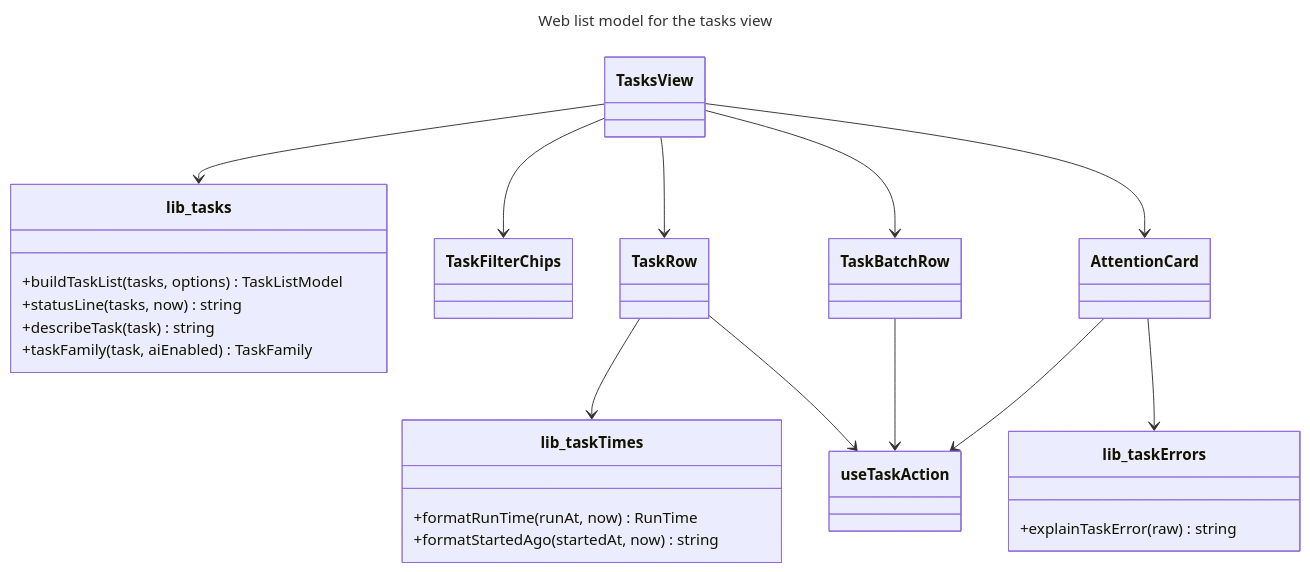
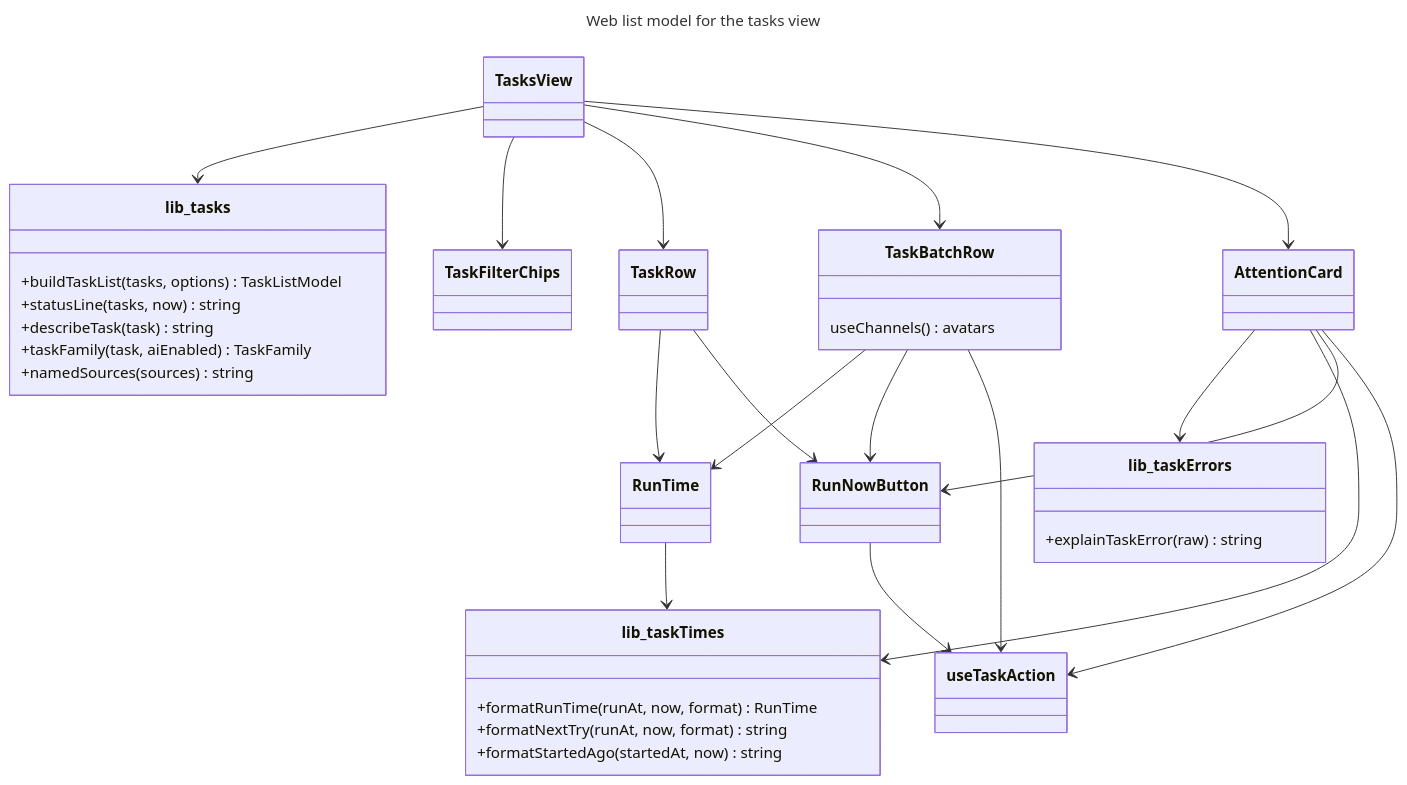
Before and after one commit to sergigp/yarrtube: the second of 4 diagrams in openspec/changes/redesign-tasks-view/design.md, drawn with Mermaid. The commit also changed other lines of this file and 35 other files, not shown here.

````diff
--- a/openspec/changes/redesign-tasks-view/design.md
+++ b/openspec/changes/redesign-tasks-view/design.md
@@ -131,49 +127,63 @@
 ```mermaid
 ---
 title: Web list model for the tasks view
 ---
 classDiagram
   classDef new fill:#d4f5d4,stroke:#2e7d32
   classDef changed fill:#fff1c2,stroke:#b58900
 
   class TasksView
   class lib_tasks {
     +buildTaskList(tasks, options) TaskListModel
     +statusLine(tasks, now) string
     +describeTask(task) string
     +taskFamily(task, aiEnabled) TaskFamily
+    +namedSources(sources) string
   }
   class lib_taskErrors {
     +explainTaskError(raw) string
   }
   class lib_taskTimes {
-    +formatRunTime(runAt, now) RunTime
+    +formatRunTime(runAt, now, format) RunTime
+    +formatNextTry(runAt, now, format) string
     +formatStartedAgo(startedAt, now) string
   }
   class TaskFilterChips
   class TaskRow
-  class TaskBatchRow
+  class TaskBatchRow {
+    useChannels() avatars
+  }
   class AttentionCard
+  class RunNowButton
+  class RunTime
   class useTaskAction
 
   TasksView --> lib_tasks
   TasksView --> TaskFilterChips
   TasksView --> TaskRow
   TasksView --> TaskBatchRow
   TasksView --> AttentionCard
   AttentionCard --> lib_taskErrors
-  TaskRow --> lib_taskTimes
-  TaskRow --> useTaskAction
+  AttentionCard --> lib_taskTimes
+  AttentionCard --> RunNowButton
+  TaskRow --> RunTime
+  TaskRow --> RunNowButton
+  TaskBatchRow --> RunTime
+  TaskBatchRow --> RunNowButton
   TaskBatchRow --> useTaskAction
   AttentionCard --> useTaskAction
+  RunNowButton --> useTaskAction
+  RunTime --> lib_taskTimes
 
   class TasksView:::changed
   class lib_tasks:::changed
   class lib_taskErrors:::new
   class lib_taskTimes:::new
   class TaskFilterChips:::new
   class TaskRow:::new
   class TaskBatchRow:::new
   class AttentionCard:::new
+  class RunNowButton:::new
+  class RunTime:::new
   class useTaskAction:::new
 ```
````
